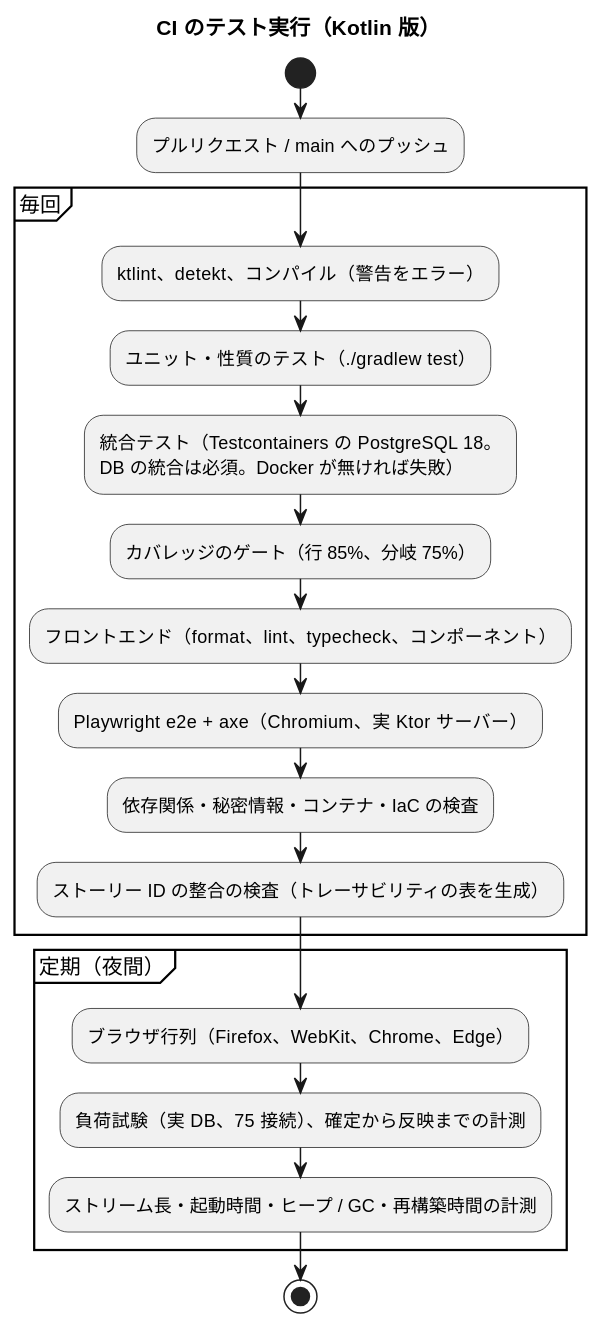
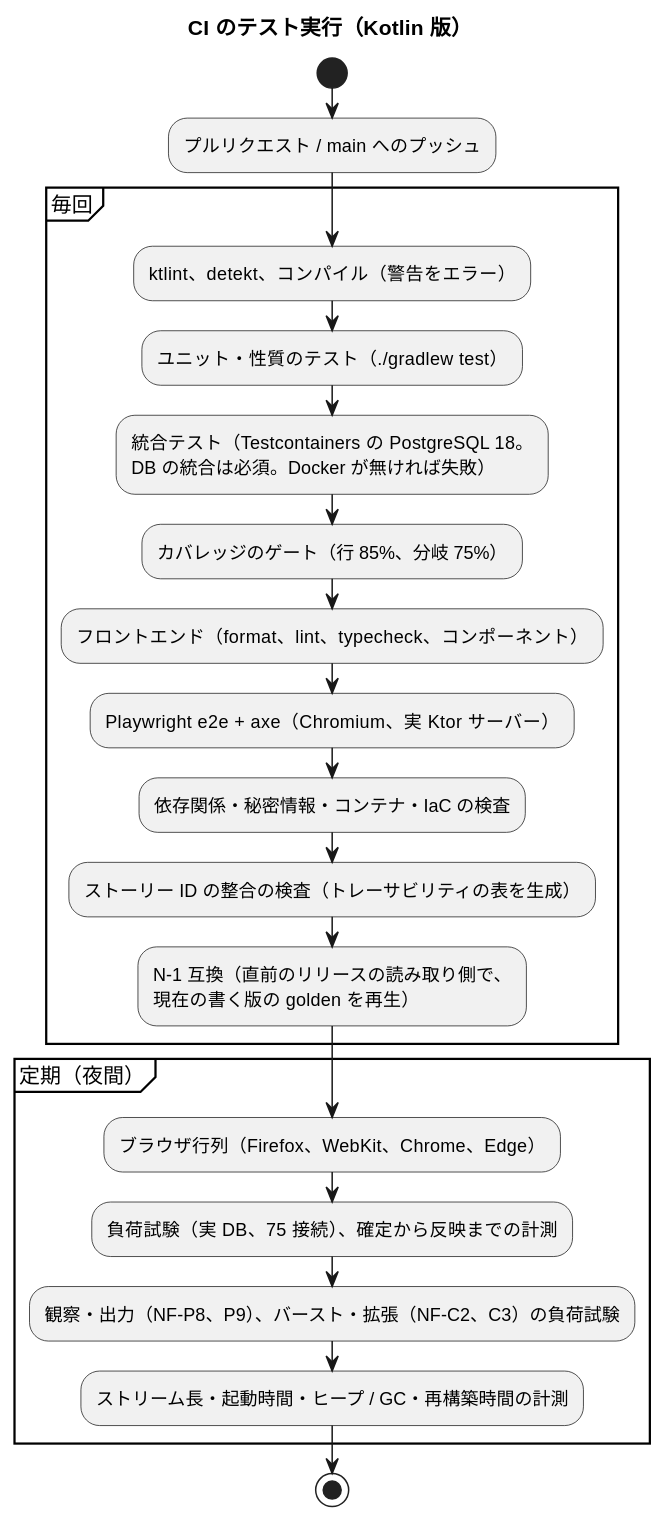
One commit to k2works/case-study-beer-game-simulation changed the second of 2 diagrams in docs/design/beer-game-kotlin/test-strategy.md. Above: the diagram before and after it, drawn with PlantUML. The commit also changed other lines of this file and 10 other files, not shown here.

````diff
--- a/docs/design/beer-game-kotlin/test-strategy.md
+++ b/docs/design/beer-game-kotlin/test-strategy.md
@@ -355,24 +487,26 @@
 ```plantuml
 @startuml
 title CI のテスト実行（Kotlin 版）
 
 start
 :プルリクエスト / main へのプッシュ;
 partition "毎回" {
   :ktlint、detekt、コンパイル（警告をエラー）;
   :ユニット・性質のテスト（./gradlew test）;
   :統合テスト（Testcontainers の PostgreSQL 18。\nDB の統合は必須。Docker が無ければ失敗）;
   :カバレッジのゲート（行 85%、分岐 75%）;
   :フロントエンド（format、lint、typecheck、コンポーネント）;
   :Playwright e2e + axe（Chromium、実 Ktor サーバー）;
   :依存関係・秘密情報・コンテナ・IaC の検査;
   :ストーリー ID の整合の検査（トレーサビリティの表を生成）;
+  :N-1 互換（直前のリリースの読み取り側で、\n現在の書く版の golden を再生）;
 }
 partition "定期（夜間）" {
   :ブラウザ行列（Firefox、WebKit、Chrome、Edge）;
   :負荷試験（実 DB、75 接続）、確定から反映までの計測;
+  :観察・出力（NF-P8、P9）、バースト・拡張（NF-C2、C3）の負荷試験;
   :ストリーム長・起動時間・ヒープ / GC・再構築時間の計測;
 }
 stop
 @enduml
 ```
````
